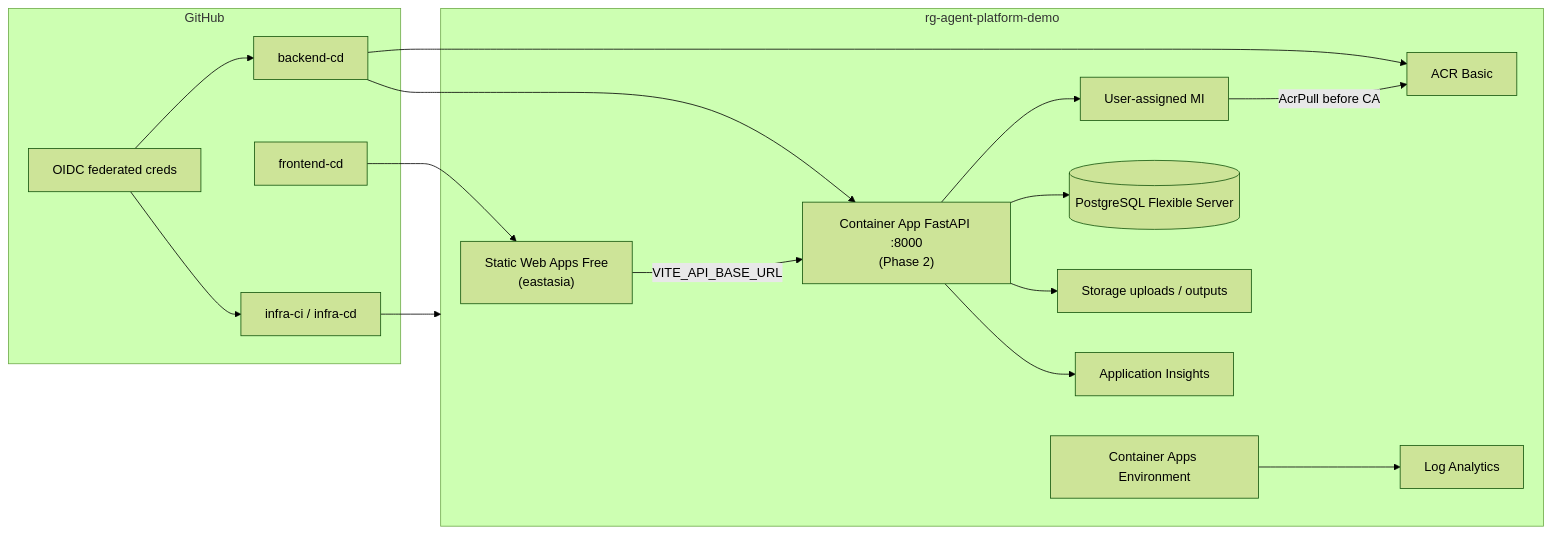
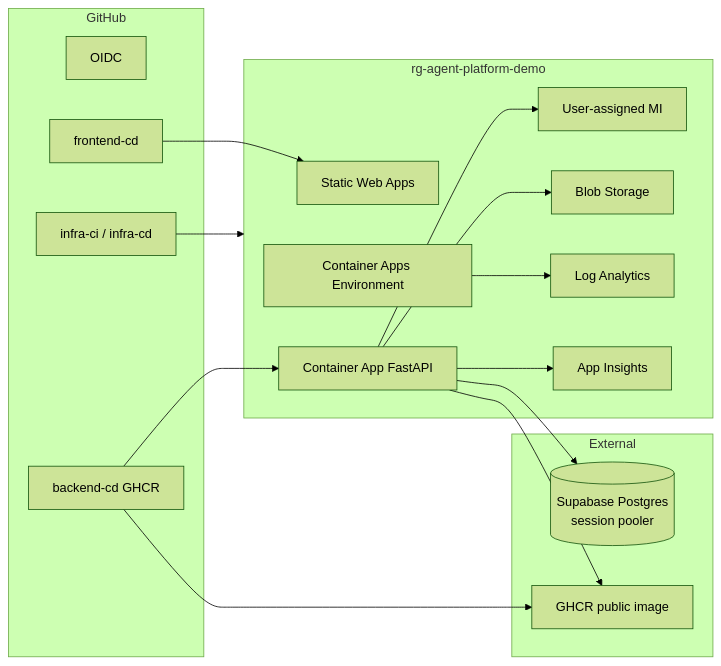
Before and after one commit to qingyanyang/General-AI-Agent-Platform: the diagram in infra/README.md, drawn with Mermaid (forest theme). The commit also changed other lines of this file and 22 other files, not shown here.

Commit message:
feat: add fast api

````diff
--- a/infra/README.md
+++ b/infra/README.md
@@ -28,35 +23,35 @@
 ```mermaid
 flowchart LR
   subgraph github [GitHub]
-    OIDC[OIDC federated creds]
+    OIDC[OIDC]
     FE[frontend-cd]
-    BE[backend-cd]
+    BE[backend-cd GHCR]
     Infra[infra-ci / infra-cd]
   end
 
+  subgraph external [External]
+    SUPA[(Supabase Postgres\nsession pooler)]
+    GHCR[GHCR public image]
+  end
+
   subgraph rg [rg-agent-platform-demo]
-    SWA["Static Web Apps Free\n(eastasia)"]
+    SWA[Static Web Apps]
     CAE[Container Apps Environment]
-    CA["Container App FastAPI :8000\n(Phase 2)"]
+    CA[Container App FastAPI]
     UAMI[User-assigned MI]
-    ACR[ACR Basic]
-    PG[(PostgreSQL Flexible Server)]
-    ST[Storage uploads / outputs]
+    ST[Blob Storage]
     LAW[Log Analytics]
-    AI[Application Insights]
+    AI[App Insights]
   end
 
   FE --> SWA
-  BE --> ACR
+  BE --> GHCR
   BE --> CA
   Infra --> rg
-  OIDC --> Infra
-  OIDC --> BE
-  SWA -->|"VITE_API_BASE_URL"| CA
-  CA --> PG
+  CA --> SUPA
+  CA --> GHCR
   CA --> ST
   CA --> AI
+  CA --> UAMI
   CAE --> LAW
-  UAMI -->|"AcrPull before CA"| ACR
-  CA --> UAMI
 ```
````
